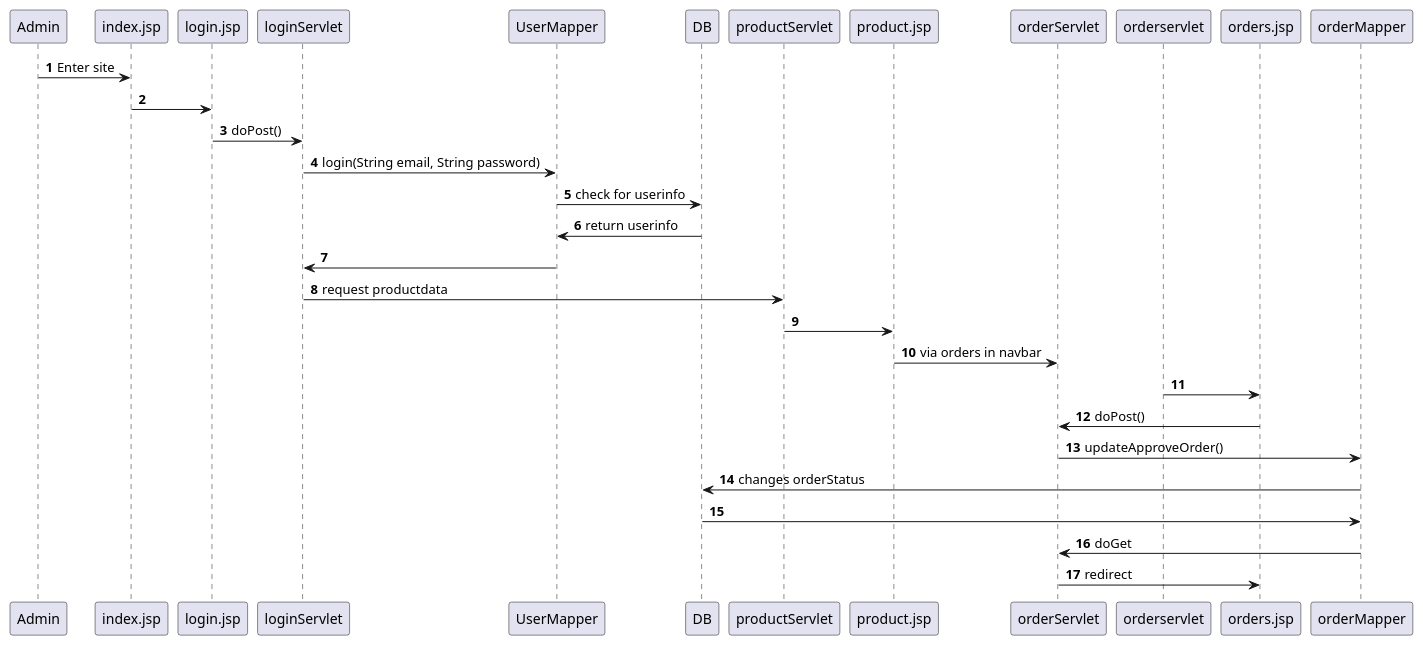
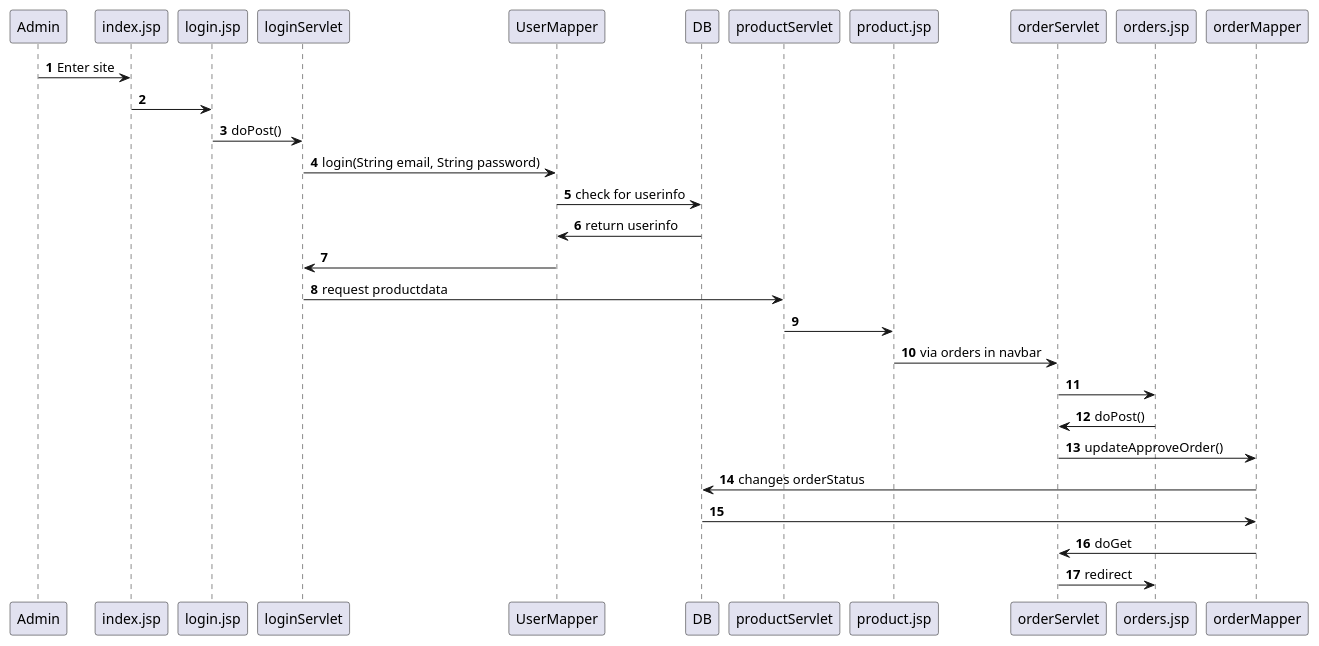
The diagram in documentation/AdminSequenceDiagram.puml (MrJustMeDahl/CarportFog), drawn with PlantUML before and after one commit.

Commit message:
fixed a casesensitive S

```diff
--- a/documentation/AdminSequenceDiagram.puml
+++ b/documentation/AdminSequenceDiagram.puml
@@ -1,23 +1,23 @@
 @startuml
 autonumber
 
 Admin -> index.jsp: Enter site
 index.jsp -> login.jsp:
 login.jsp -> loginServlet: doPost()
 loginServlet -> UserMapper: login(String email, String password)
 UserMapper -> DB: check for userinfo
 DB -> UserMapper: return userinfo
 UserMapper -> loginServlet
 loginServlet -> productServlet: request productdata
 productServlet -> product.jsp
 product.jsp -> orderServlet: via orders in navbar
-orderservlet -> orders.jsp
+orderServlet -> orders.jsp
 orders.jsp -> orderServlet: doPost()
 orderServlet -> orderMapper:updateApproveOrder()
 orderMapper -> DB: changes orderStatus
 DB -> orderMapper
 orderMapper -> orderServlet: doGet
 orderServlet -> orders.jsp: redirect
 
 
 @enduml
```
